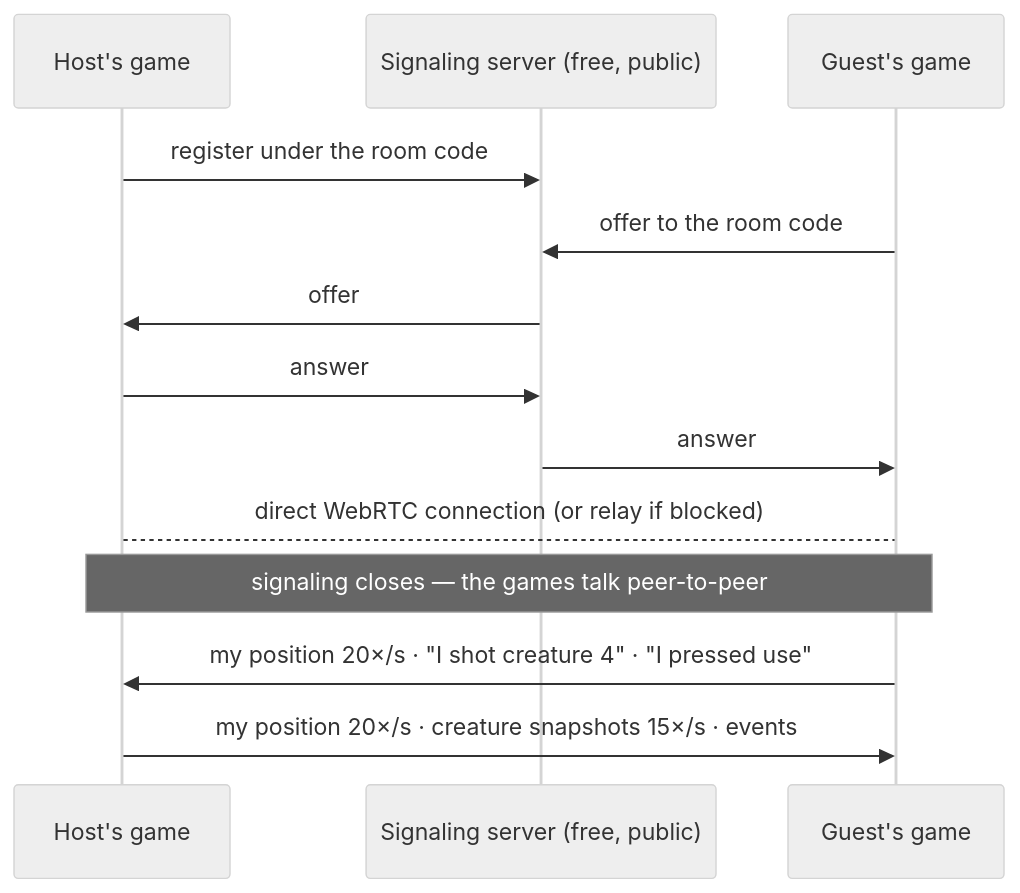
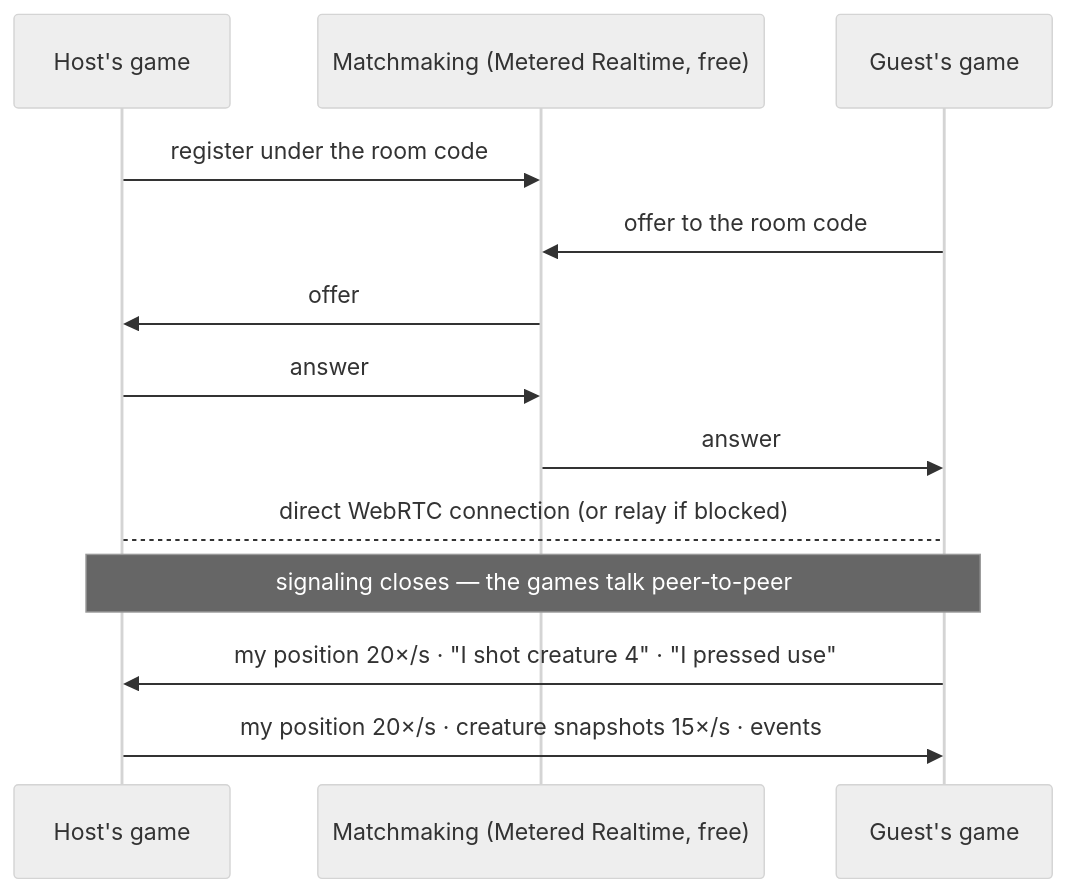
One commit to nurmuhammedkanybekov/remnant changed the second of 2 diagrams in README.md. Above: the diagram before and after it, drawn with Mermaid (neutral theme). The commit also changed other lines of this file and 11 other files, not shown here.

First line of the commit message:
Matchmaking over Metered Realtime: the public PeerJS server stopped forwarding offers

````diff
--- a/README.md
+++ b/README.md
@@ -274,15 +275,15 @@
 ```mermaid
 sequenceDiagram
     participant H as Host's game
-    participant S as Signaling server (free, public)
+    participant S as Matchmaking (Metered Realtime, free)
     participant G as Guest's game
     H->>S: register under the room code
     G->>S: offer to the room code
     S->>H: offer
     H->>S: answer
     S->>G: answer
     H-->G: direct WebRTC connection (or relay if blocked)
     Note over H,G: signaling closes — the games talk peer-to-peer
     G->>H: my position 20×/s · "I shot creature 4" · "I pressed use"
     H->>G: my position 20×/s · creature snapshots 15×/s · events
 ```
````
